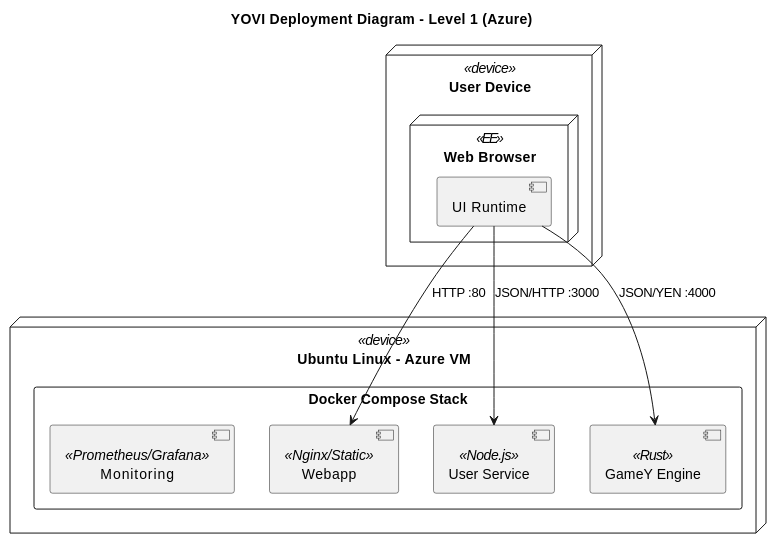
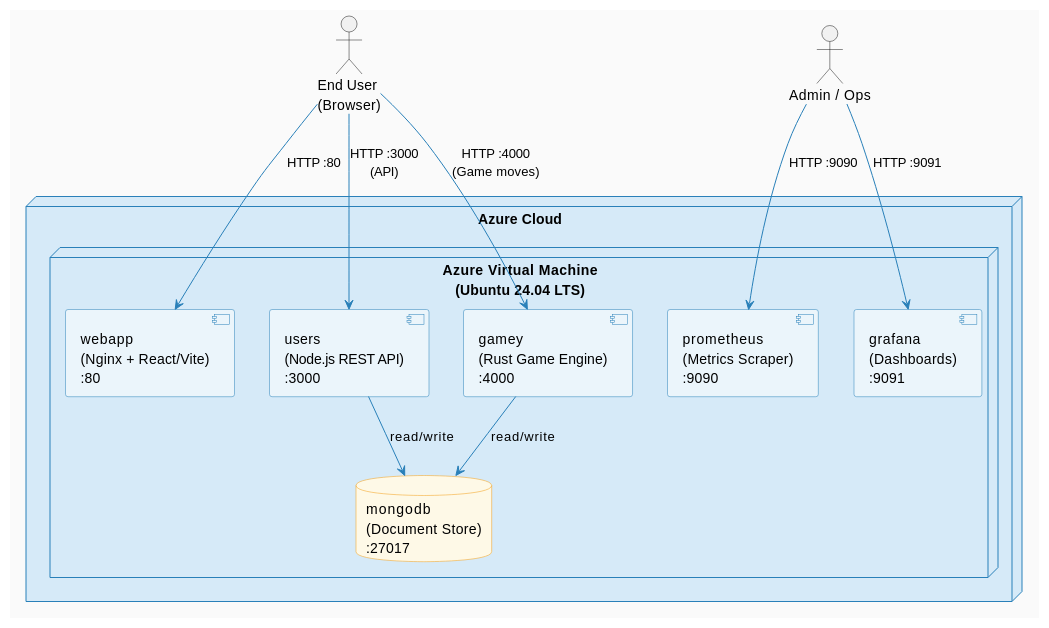
Before and after one commit to Arquisoft/yovi_en1a: the first of 2 diagrams in docs/src/07_deployment_view.adoc, drawn with PlantUML. The commit also changed other lines of this file and 1 other file, not shown here.

Commit message:
Fix in introduction and changed diagrams in deployment. Review diagrams so they are easier to understand.

```diff
--- a/docs/src/07_deployment_view.adoc
+++ b/docs/src/07_deployment_view.adoc
@@ -8,27 +8,46 @@
 [plantuml, level1-whitebox, svg]
 ----
 @startuml
-title YOVI Deployment Diagram - Level 1 (Azure)
+skinparam backgroundColor #FAFAFA
+skinparam node {
+  BackgroundColor #D6EAF8
+  BorderColor #2980B9
+  FontStyle bold
+}
+skinparam component {
+  BackgroundColor #EBF5FB
+  BorderColor #2980B9
+}
+skinparam database {
+  BackgroundColor #FEF9E7
+  BorderColor #F39C12
+}
+skinparam ArrowColor #2980B9
 
-skinparam componentStyle uml2
+node "Azure Cloud" {
+  node "Azure Virtual Machine\n(Ubuntu 24.04 LTS)" as vm {
 
-node "User Device" <<device>> {
-  node "Web Browser" <<EE>> {
-    component [UI Runtime] as ui
+    component "webapp\n(Nginx + React/Vite)\n:80" as webapp
+    component "users\n(Node.js REST API)\n:3000" as users
+    component "gamey\n(Rust Game Engine)\n:4000" as gamey
+    component "prometheus\n(Metrics Scraper)\n:9090" as prometheus
+    component "grafana\n(Dashboards)\n:9091" as grafana
+    database  "mongodb\n(Document Store)\n:27017" as mongodb
+
   }
 }
 
-node "Ubuntu Linux - Azure VM" <<device>> {
-  rectangle "Docker Compose Stack" {
-    component [Webapp] as webapp <<Nginx/Static>>
-    component [User Service] as usersvc <<Node.js>>
-    component [GameY Engine] as gamey <<Rust>>
-    component [Monitoring] as mon <<Prometheus/Grafana>>
-  }
-}
+actor "End User\n(Browser)" as user
+actor "Admin / Ops" as admin
 
-ui --> webapp : "HTTP :80"
-ui --> usersvc : "JSON/HTTP :3000"
-ui --> gamey : "JSON/YEN :4000"
+user  --> webapp      : HTTP :80
+user  --> users       : HTTP :3000\n(API)
+user  --> gamey       : HTTP :4000\n(Game moves)
+admin --> prometheus  : HTTP :9090
+admin --> grafana     : HTTP :9091
+
+users --> mongodb     : read/write
+gamey --> mongodb     : read/write
+
 @enduml
 ----
```
